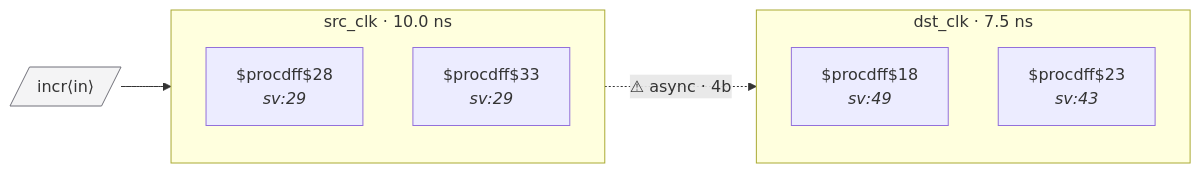
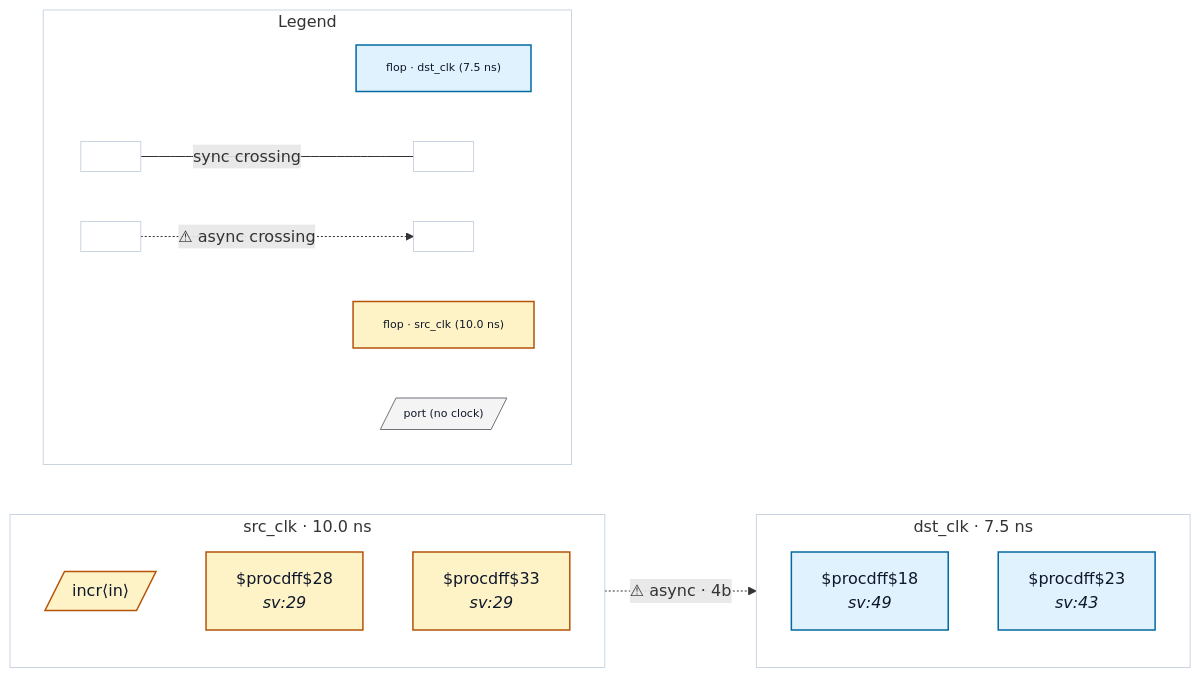
One commit to rtl-buddy/rtl-buddy-cdc changed the diagram in tests/fixtures/good_gray_bus_sync_chain/README.md. Above: the diagram before and after it, drawn with Mermaid. The commit also changed 71 other files, not shown here.

First line of the commit message:
Refresh fixture READMEs + render iterations (colors, legend, nested ports, clock-net edges)

````diff
--- a/tests/fixtures/good_gray_bus_sync_chain/README.md
+++ b/tests/fixtures/good_gray_bus_sync_chain/README.md
@@ -18,18 +18,42 @@
 ```mermaid
 %% good_gray_bus_sync_chain — generated by rtl-buddy-cdc render
 flowchart LR
   subgraph clk_dst_clk["dst_clk · 7.5 ns"]
     direction TB
-    f_4ccc189e["$procdff$18<br/><i>sv:49</i>"]
-    f_355cdec5["$procdff$23<br/><i>sv:43</i>"]
+    f_4ccc189e["$procdff$18<br/><i>sv:49</i>"]:::ckcls_dst_clk
+    f_355cdec5["$procdff$23<br/><i>sv:43</i>"]:::ckcls_dst_clk
   end
   subgraph clk_src_clk["src_clk · 10.0 ns"]
     direction TB
-    f_13b9027a["$procdff$28<br/><i>sv:29</i>"]
-    f_6e0e6e92["$procdff$33<br/><i>sv:29</i>"]
+    p_in_incr[/"incr⟨in⟩"/]:::ckcls_src_clk
+    f_13b9027a["$procdff$28<br/><i>sv:29</i>"]:::ckcls_src_clk
+    f_6e0e6e92["$procdff$33<br/><i>sv:29</i>"]:::ckcls_src_clk
   end
-  p_in_incr[/"incr⟨in⟩"/]:::port
-  p_in_incr --> f_13b9027a
   f_6e0e6e92 -. "⚠ async · 4b" .-> f_355cdec5
-  classDef port fill:#f4f4f5,stroke:#71717a
+  subgraph rb_legend["Legend"]
+    direction LR
+    lg_clk_dst_clk["flop · dst_clk (7.5 ns)"]:::ckcls_dst_clk
+    lg_clk_src_clk["flop · src_clk (10.0 ns)"]:::ckcls_src_clk
+    lg_port[/"port (no clock)"/]:::port_unassigned
+    lg_sync_a[" "]:::ckcls_legend_neutral
+    lg_sync_b[" "]:::ckcls_legend_neutral
+    lg_async_a[" "]:::ckcls_legend_neutral
+    lg_async_b[" "]:::ckcls_legend_neutral
+    lg_sync_a --- |"sync crossing"| lg_sync_b
+    lg_async_a -. "⚠ async crossing" .-> lg_async_b
+  end
+  style clk_dst_clk fill:none,stroke:#cbd5e1
+  style clk_src_clk fill:none,stroke:#cbd5e1
+  style rb_legend fill:none,stroke:#cbd5e1
+  style lg_clk_dst_clk font-size:11px
+  style lg_clk_src_clk font-size:11px
+  style lg_port font-size:11px
+  style lg_sync_a font-size:11px
+  style lg_sync_b font-size:11px
+  style lg_async_a font-size:11px
+  style lg_async_b font-size:11px
+  classDef ckcls_dst_clk fill:#e0f2fe,stroke:#0369a1,stroke-width:1.5px,color:#0f172a
+  classDef ckcls_src_clk fill:#fef3c7,stroke:#b45309,stroke-width:1.5px,color:#0f172a
+  classDef port_unassigned fill:#f4f4f5,stroke:#71717a,color:#0f172a
+  classDef ckcls_legend_neutral fill:#ffffff,stroke:#cbd5e1,stroke-width:1px,color:#0f172a
 ```
````
